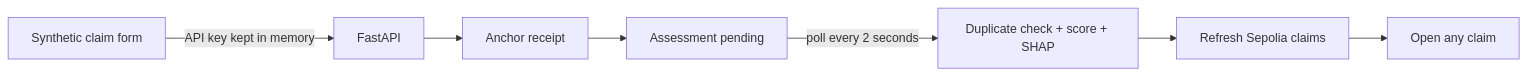
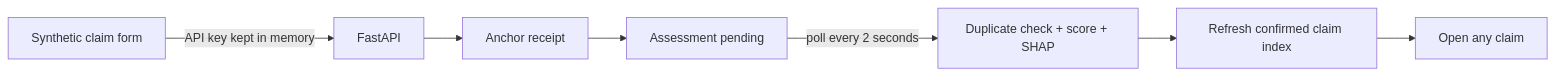
One commit to ganesh1997oli/Decentralized-Claims-Registry changed the first of 2 diagrams in apps/frontend/README.md. Above: the diagram before and after it, drawn with Mermaid. The commit also changed other lines of this file and 36 other files, not shown here.

````diff
--- a/apps/frontend/README.md
+++ b/apps/frontend/README.md
@@ -9,9 +9,9 @@
 ```mermaid
 flowchart LR
     Form["Synthetic claim form"] -->|"API key kept in memory"| API["FastAPI"]
     API --> Receipt["Anchor receipt"]
     Receipt --> Pending["Assessment pending"]
     Pending -->|"poll every 2 seconds"| Result["Duplicate check + score + SHAP"]
-    Result --> Dashboard["Refresh Sepolia claims"]
+    Result --> Dashboard["Refresh confirmed claim index"]
     Dashboard --> Details["Open any claim"]
 ```
````
